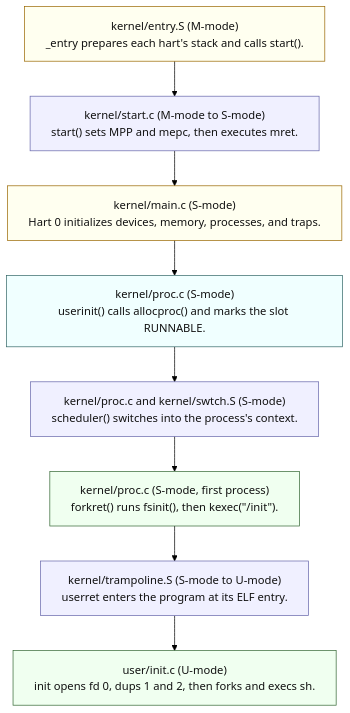
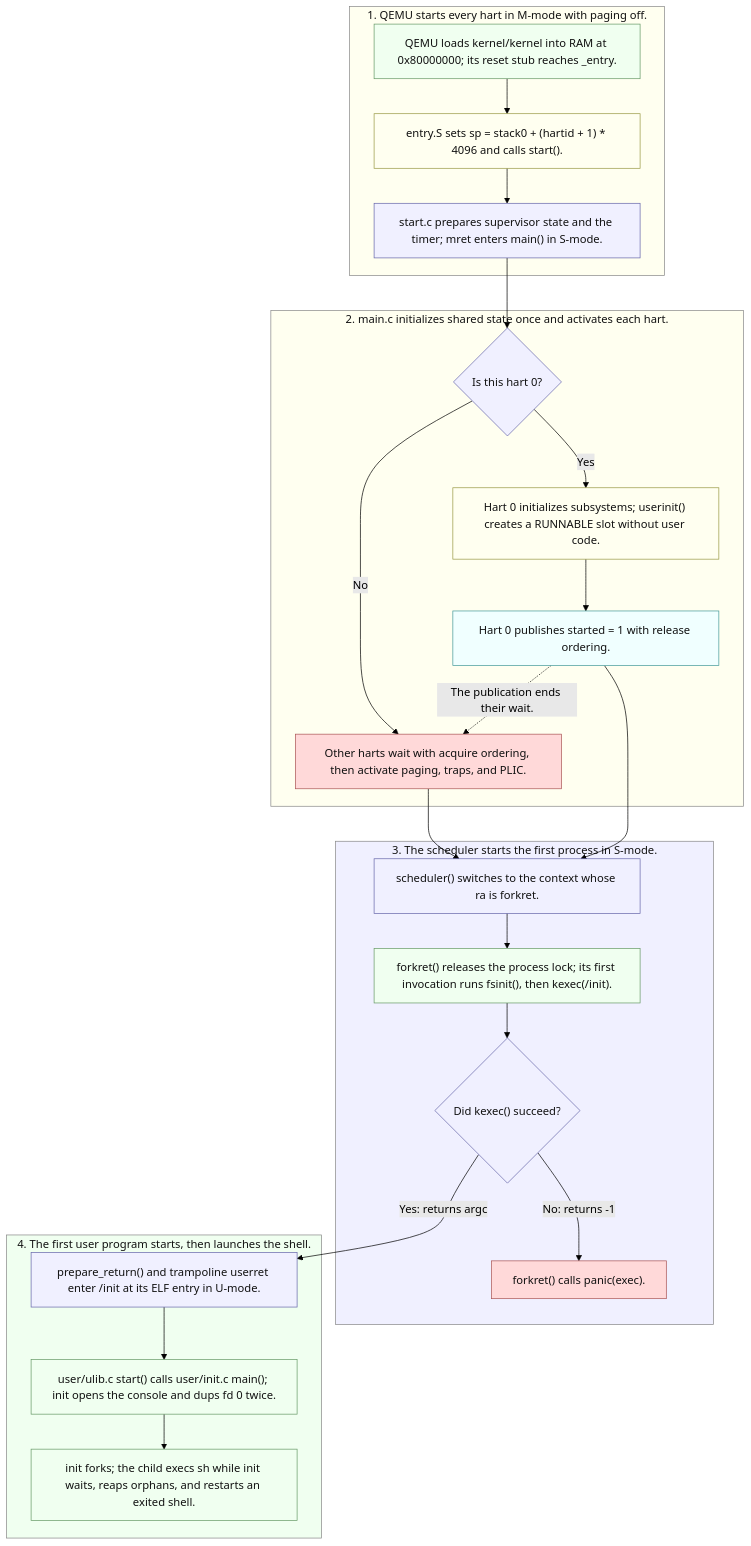
Before and after one commit to cv47522/xv6-riscv: the fourth of 4 diagrams in docs/11-os-design-in-xv6.md, drawn with Mermaid (forest theme). The commit also changed other lines of this file and 29 other files, not shown here.

````diff
--- a/docs/11-os-design-in-xv6.md
+++ b/docs/11-os-design-in-xv6.md
@@ -181,24 +518,51 @@
 ```mermaid
 ---
 config:
   flowchart:
-    wrappingWidth: 420
+    wrappingWidth: 320
 ---
 flowchart TD
-    A["kernel/entry.S (M-mode)<br/>_entry prepares each hart's stack and calls start()."] --> B["kernel/start.c (M-mode to S-mode)<br/>start() sets MPP and mepc, then executes mret."]
-    B --> C["kernel/main.c (S-mode)<br/>Hart 0 initializes devices, memory, processes, and traps."]
-    C --> D["kernel/proc.c (S-mode)<br/>userinit() calls allocproc() and marks the slot RUNNABLE."]
-    D --> E["kernel/proc.c and kernel/swtch.S (S-mode)<br/>scheduler() switches into the process's context."]
-    E --> F["kernel/proc.c (S-mode, first process)<br/>forkret() runs fsinit(), then kexec(&quot;/init&quot;)."]
-    F --> G["kernel/trampoline.S (S-mode to U-mode)<br/>userret enters the program at its ELF entry."]
-    G --> H["user/init.c (U-mode)<br/>init opens fd 0, dups 1 and 2, then forks and execs sh."]
-
-    classDef processing fill:#fffff0,stroke:#996600,color:#111
+    subgraph machine["1. QEMU starts every hart in M-mode with paging off."]
+        R["QEMU loads kernel/kernel into RAM at 0x80000000; its reset stub reaches _entry."]
+        A["entry.S sets sp = stack0 + (hartid + 1) * 4096 and calls start()."]
+        B["start.c prepares supervisor state and the timer; mret enters main() in S-mode."]
+    end
+    subgraph setup["2. main.c initializes shared state once and activates each hart."]
+        C{"Is this hart 0?"}
+        D["Hart 0 initializes subsystems; userinit() creates a RUNNABLE slot without user code."]
+        E["Hart 0 publishes started = 1 with release ordering."]
+        O["Other harts wait with acquire ordering, then activate paging, traps, and PLIC."]
+    end
+    subgraph process["3. The scheduler starts the first process in S-mode."]
+        F["scheduler() switches to the context whose ra is forkret."]
+        G["forkret() releases the process lock; its first invocation runs fsinit(), then kexec(/init)."]
+        H{"Did kexec() succeed?"}
+        X["forkret() calls panic(exec)."]
+    end
+    subgraph user["4. The first user program starts, then launches the shell."]
+        I["prepare_return() and trampoline userret enter /init at its ELF entry in U-mode."]
+        J["user/ulib.c start() calls user/init.c main(); init opens the console and dups fd 0 twice."]
+        K["init forks; the child execs sh while init waits, reaps orphans, and restarts an exited shell."]
+    end
+    R --> A --> B --> C
+    C -->|Yes| D --> E --> F
+    C -->|No| O --> F
+    E -.->|The publication ends their wait.| O
+    F --> G --> H
+    H -->|No: returns -1| X
+    H -->|Yes: returns argc| I --> J --> K
+    classDef processing fill:#fffff0,stroke:#999944,color:#111
     classDef routing fill:#f0f0ff,stroke:#6666aa,color:#111
-    classDef commit fill:#f0ffff,stroke:#336666,color:#111
-    classDef movement fill:#f0fff0,stroke:#336633,color:#111
-    class A,C processing
-    class B,E,G routing
-    class D commit
-    class F,H movement
+    classDef commit fill:#f0ffff,stroke:#449999,color:#111
+    classDef movement fill:#f0fff0,stroke:#669966,color:#111
+    classDef failure fill:#ffd9d9,stroke:#aa5555,color:#111
+    class A,D processing
+    class B,C,F,H,I routing
+    class E commit
+    class R,G,J,K movement
+    class O,X failure
+    style machine fill:#fffff0,stroke:#888,color:#111
+    style setup fill:#fffff0,stroke:#888,color:#111
+    style process fill:#f0f0ff,stroke:#888,color:#111
+    style user fill:#f0fff0,stroke:#888,color:#111
 ```
````
